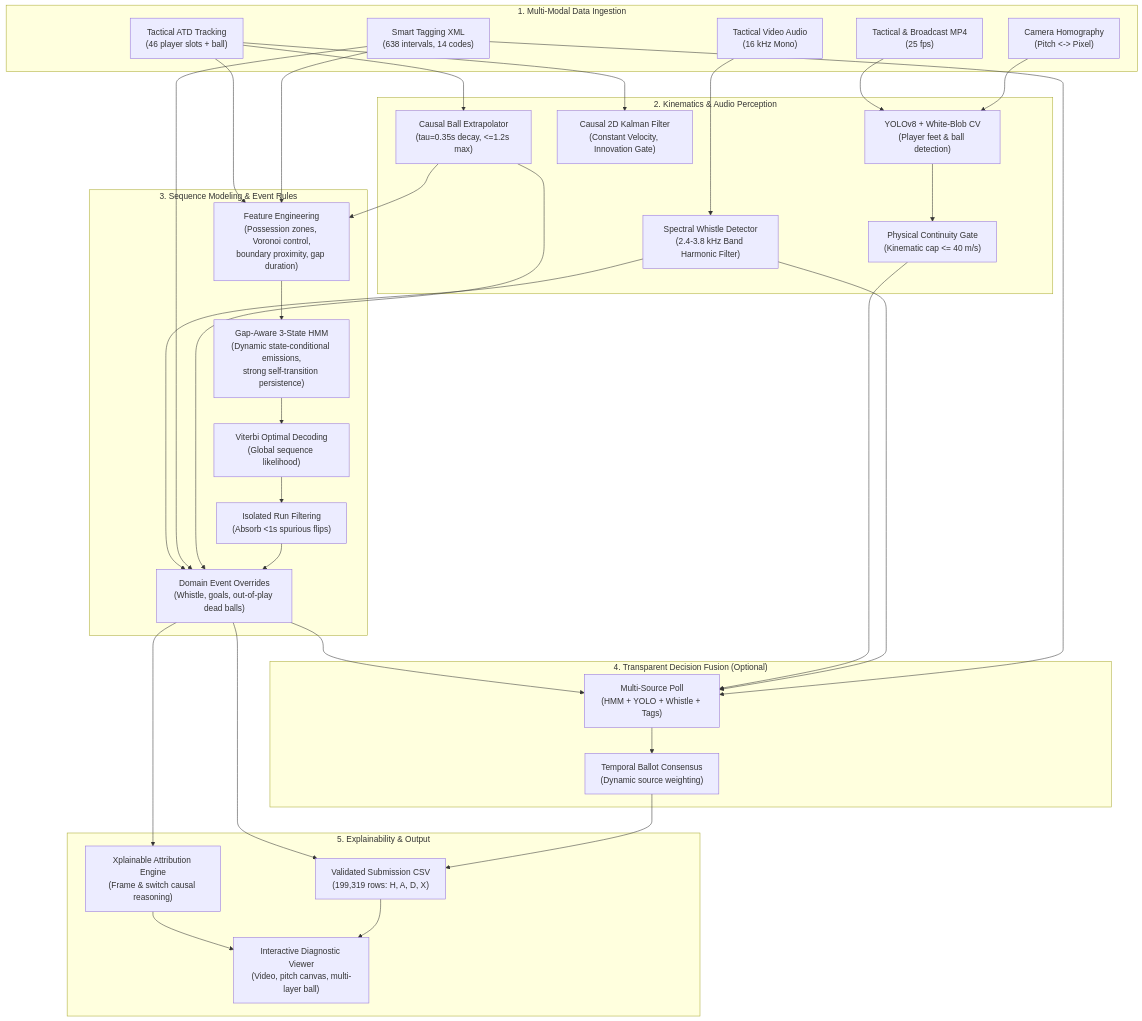
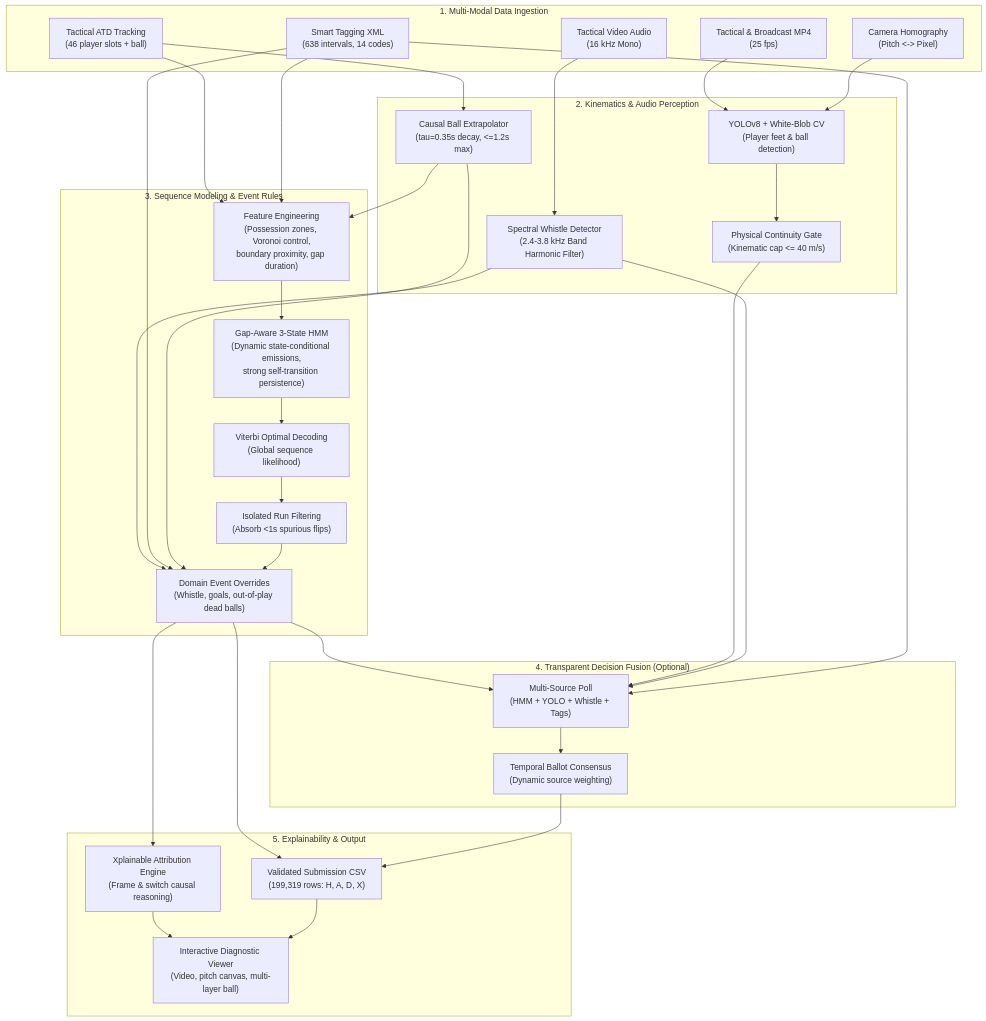
Before and after one commit to BinarySandia04/Xplainable-soccer-predictor: the diagram in PROPOSAL.md, drawn with Mermaid. The commit also changed other lines of this file and 12 other files, not shown here.

First line of the commit message:
refactor: remove the Kalman ball layer

````diff
--- a/PROPOSAL.md
+++ b/PROPOSAL.md
@@ -41,68 +41,66 @@
 ```mermaid
 flowchart TD
     subgraph DataIngestion["1. Multi-Modal Data Ingestion"]
         ATD["Tactical ATD Tracking<br/>(46 player slots + ball)"]
         Tags["Smart Tagging XML<br/>(638 intervals, 14 codes)"]
         H_mat["Camera Homography<br/>(Pitch <-> Pixel)"]
         Audio["Tactical Video Audio<br/>(16 kHz Mono)"]
         Video["Tactical & Broadcast MP4<br/>(25 fps)"]
     end
 
     subgraph Kinematics["2. Kinematics & Audio Perception"]
         CausalBall["Causal Ball Extrapolator<br/>(tau=0.35s decay, <=1.2s max)"]
-        KalmanBall["Causal 2D Kalman Filter<br/>(Constant Velocity, Innovation Gate)"]
         WhistleDet["Spectral Whistle Detector<br/>(2.4-3.8 kHz Band Harmonic Filter)"]
         YOLO["YOLOv8 + White-Blob CV<br/>(Player feet & ball detection)"]
         PhysGate["Physical Continuity Gate<br/>(Kinematic cap <= 40 m/s)"]
     end
 
     subgraph SequenceEngine["3. Sequence Modeling & Event Rules"]
         FeatEng["Feature Engineering<br/>(Possession zones, Voronoi control,<br/>boundary proximity, gap duration)"]
         HMM["Gap-Aware 3-State HMM<br/>(Dynamic state-conditional emissions,<br/>strong self-transition persistence)"]
         Viterbi["Viterbi Optimal Decoding<br/>(Global sequence likelihood)"]
         FlickerMerge["Isolated Run Filtering<br/>(Absorb <1s spurious flips)"]
         EventRules["Domain Event Overrides<br/>(Whistle, goals, out-of-play dead balls)"]
     end
 
     subgraph MultiSourceFusion["4. Transparent Decision Fusion (Optional)"]
         Ballots["Multi-Source Poll<br/>(HMM + YOLO + Whistle + Tags)"]
         Consensus["Temporal Ballot Consensus<br/>(Dynamic source weighting)"]
     end
 
     subgraph XplainAndDeliver["5. Explainability & Output"]
         XplainEngine["Xplainable Attribution Engine<br/>(Frame & switch causal reasoning)"]
         Viewer["Interactive Diagnostic Viewer<br/>(Video, pitch canvas, multi-layer ball)"]
         SubCSV["Validated Submission CSV<br/>(199,319 rows: H, A, D, X)"]
     end
 
     ATD --> CausalBall
-    ATD --> KalmanBall
     Audio --> WhistleDet
     Video --> YOLO
     H_mat --> YOLO
     YOLO --> PhysGate
     
     ATD --> FeatEng
     CausalBall --> FeatEng
     Tags --> FeatEng
     
     FeatEng --> HMM
     HMM --> Viterbi
     Viterbi --> FlickerMerge
     WhistleDet --> EventRules
     Tags --> EventRules
     CausalBall --> EventRules
     FlickerMerge --> EventRules
 
     EventRules --> SubCSV
     EventRules --> Ballots
     PhysGate --> Ballots
     WhistleDet --> Ballots
     Tags --> Ballots
     Ballots --> Consensus
     Consensus --> SubCSV
 
     EventRules --> XplainEngine
     XplainEngine --> Viewer
     SubCSV --> Viewer
 ```
````
